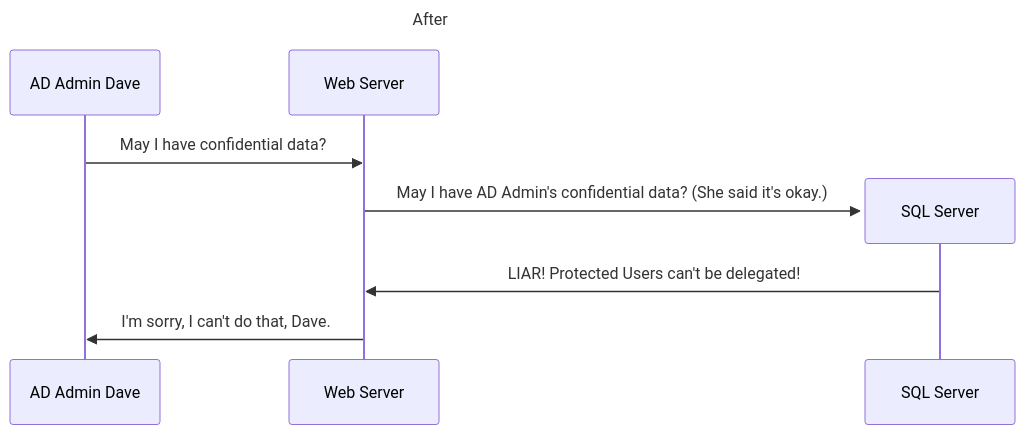
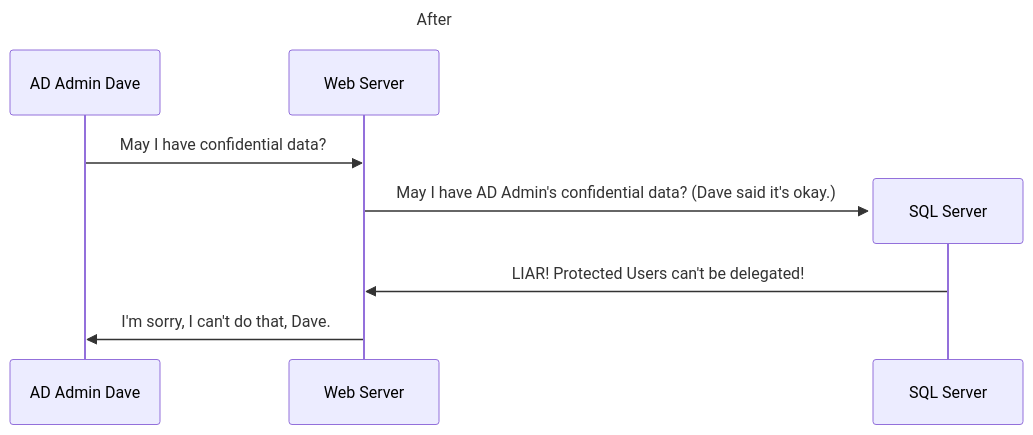
Before and after one commit to TrimarcJake/pug-snippets: the second of 2 diagrams in diagrams/NoDelegation.md, drawn with Mermaid. The commit also changed other lines of this file, not shown here.

````diff
--- a/diagrams/NoDelegation.md
+++ b/diagrams/NoDelegation.md
@@ -13,11 +13,11 @@
 ``` mermaid
 ---
 title: After
 ---
 sequenceDiagram
   AD Admin Dave ->> Web Server: May I have confidential data?
   create participant SQL Server
-  Web Server ->> SQL Server: May I have AD Admin's confidential data? (She said it's okay.)
+  Web Server ->> SQL Server: May I have AD Admin's confidential data? (Dave said it's okay.)
   SQL Server ->> Web Server: LIAR! Protected Users can't be delegated!
   Web Server ->> AD Admin Dave: I'm sorry, I can't do that, Dave.
 ```
````
